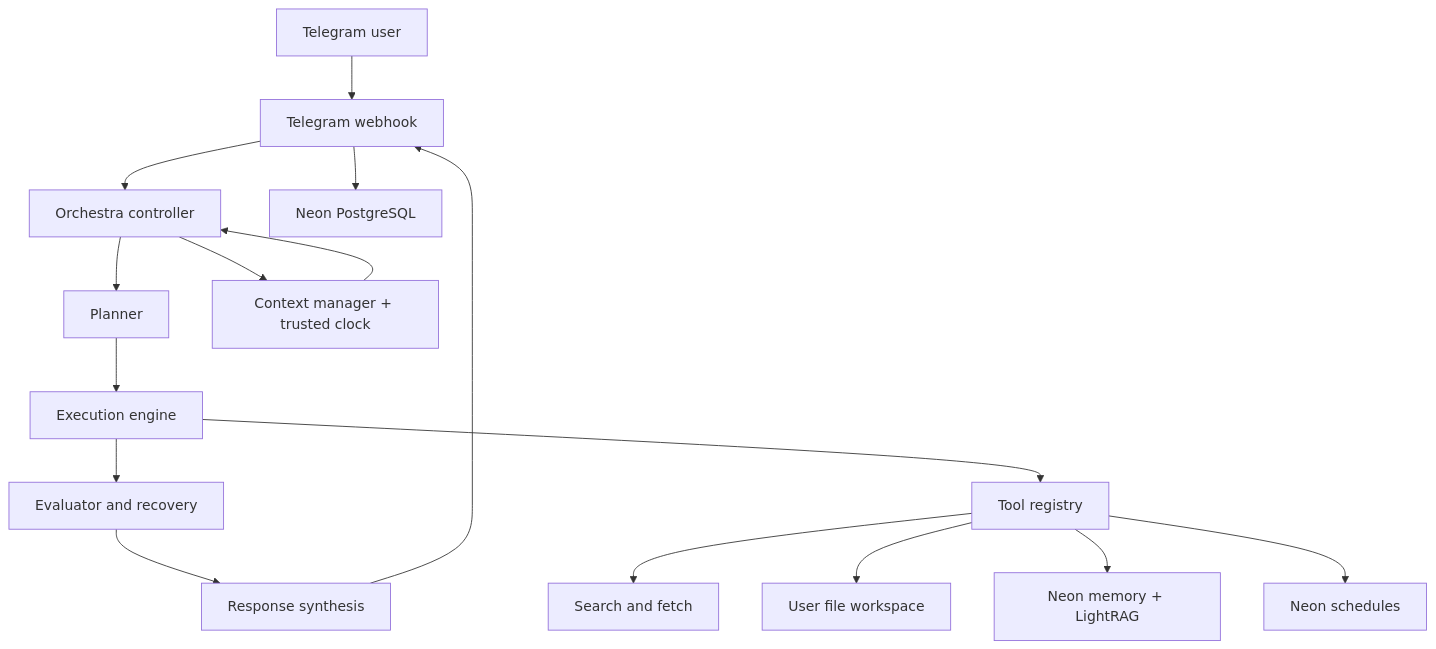
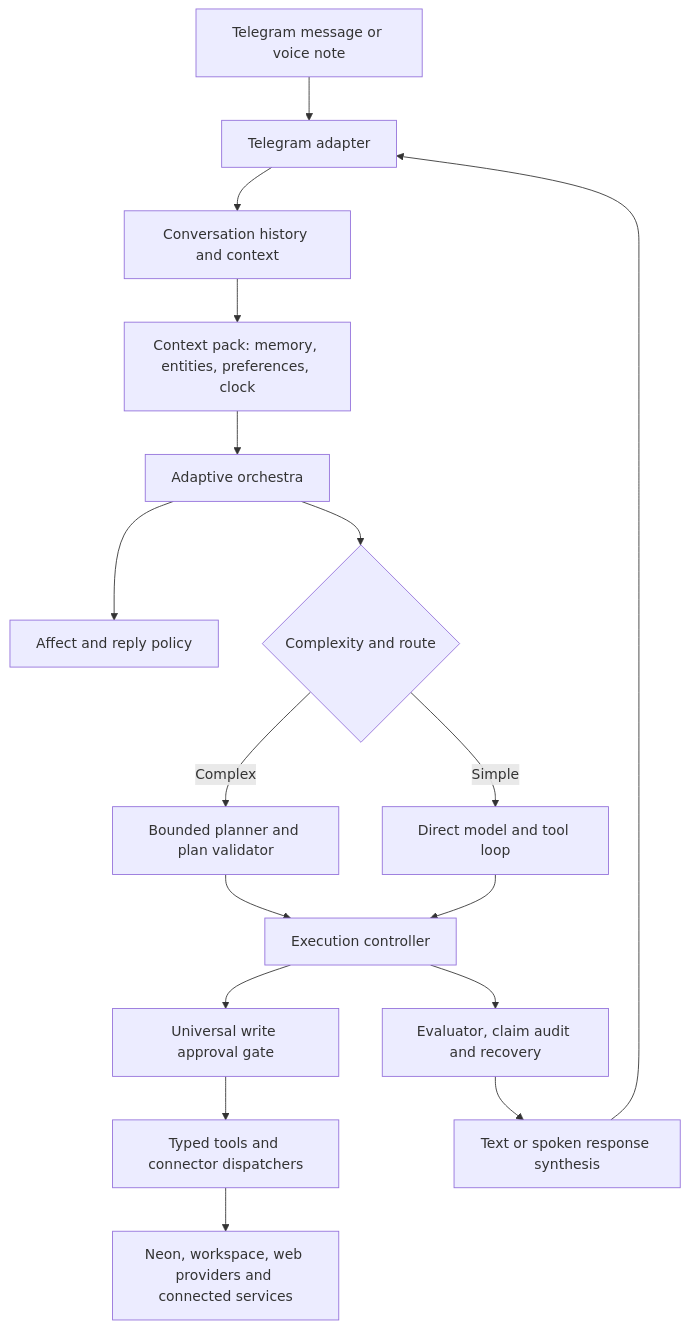
Before and after one commit to Klyntech/NallyHermes: the diagram in README.md, drawn with Mermaid. The commit also changed other lines of this file, not shown here.

````diff
--- a/README.md
+++ b/README.md
@@ -44,18 +48,19 @@
 ```mermaid
 flowchart TD
-    U[Telegram user] --> T[Telegram webhook]
-    T --> C[Orchestra controller]
-    C --> P[Planner]
-    P --> X[Execution engine]
-    X --> V[Evaluator and recovery]
-    V --> R[Response synthesis]
-    R --> T
-    X --> W[Tool registry]
-    W --> S[Search and fetch]
-    W --> F[User file workspace]
-    W --> M[Neon memory + LightRAG]
-    W --> J[Neon schedules]
-    C --> CTX[Context manager + trusted clock]
-    CTX --> C
-    T --> PG[Neon PostgreSQL]
+    U[Telegram message or voice note] --> TG[Telegram adapter]
+    TG --> HIST[Conversation history and context]
+    HIST --> CTX[Context pack: memory, entities, preferences, clock]
+    CTX --> ORCH[Adaptive orchestra]
+    ORCH --> AFFECT[Affect and reply policy]
+    ORCH --> ROUTE{Complexity and route}
+    ROUTE -->|Simple| LOOP[Direct model and tool loop]
+    ROUTE -->|Complex| PLAN[Bounded planner and plan validator]
+    PLAN --> EXEC[Execution controller]
+    LOOP --> EXEC
+    EXEC --> APPROVAL[Universal write approval gate]
+    APPROVAL --> TOOLS[Typed tools and connector dispatchers]
+    TOOLS --> DATA[Neon, workspace, web providers and connected services]
+    EXEC --> EVAL[Evaluator, claim audit and recovery]
+    EVAL --> SYNTH[Text or spoken response synthesis]
+    SYNTH --> TG
 ```
````
